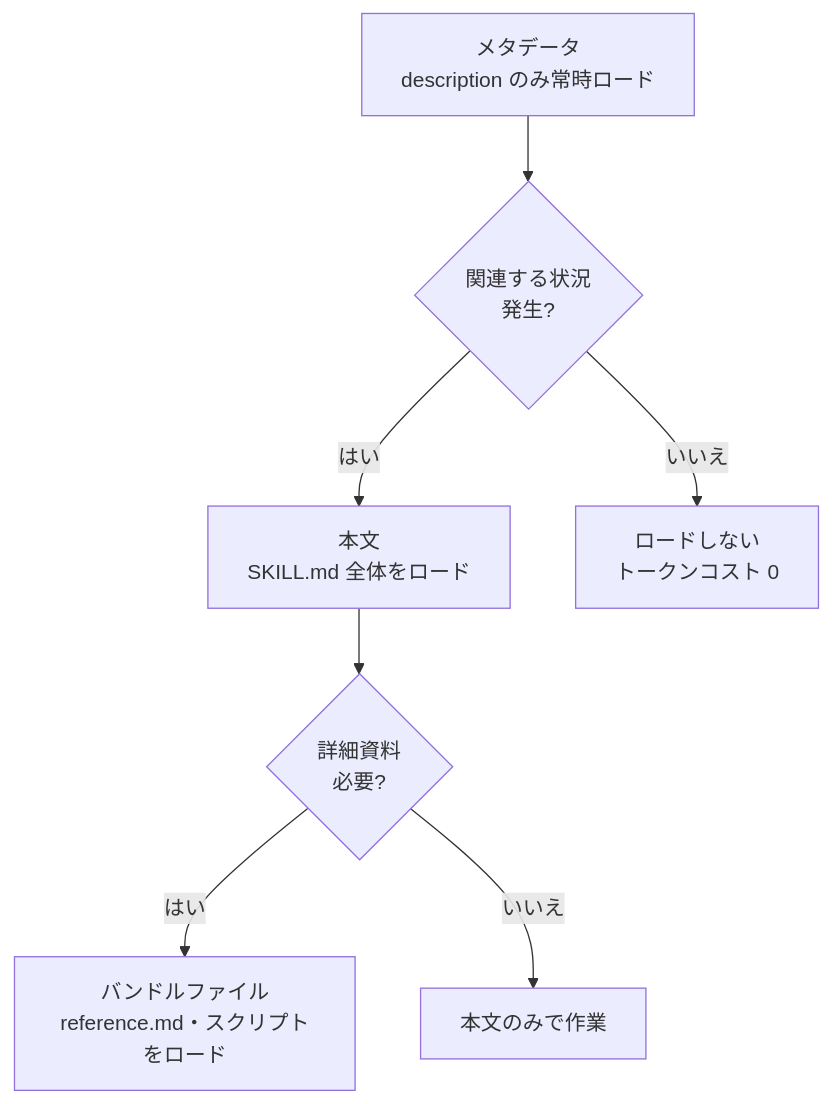
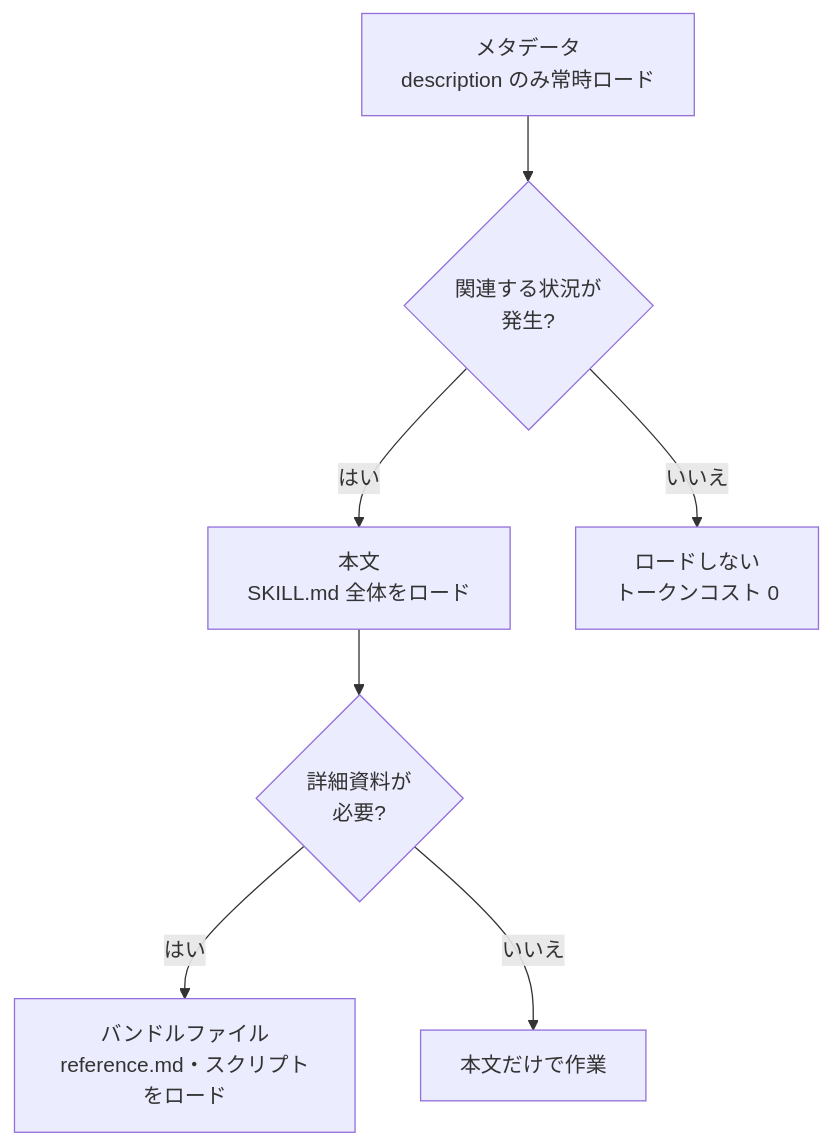
One commit to gabrielmoreira/agent-skills-mirror changed the diagram in mirrors/repos/modu-ai@moai-adk/docs-site/content/ja/claude-code/extensibility/skills.md. Above: the diagram before and after it, drawn with Mermaid. The commit also changed other lines of this file and 2470 other files, not shown here.

````diff
--- a/mirrors/repos/modu-ai@moai-adk/docs-site/content/ja/claude-code/extensibility/skills.md
+++ b/mirrors/repos/modu-ai@moai-adk/docs-site/content/ja/claude-code/extensibility/skills.md
@@ -79,9 +80,9 @@
 ```mermaid
 flowchart TD
-    A[メタデータ<br/>description のみ常時ロード] --> B{関連する状況<br/>発生?}
+    A[メタデータ<br/>description のみ常時ロード] --> B{関連する状況が<br/>発生?}
     B -->|はい| C[本文<br/>SKILL.md 全体をロード]
-    C --> D{詳細資料<br/>必要?}
+    C --> D{詳細資料が<br/>必要?}
     D -->|はい| E[バンドルファイル<br/>reference.md・スクリプトをロード]
-    D -->|いいえ| F[本文のみで作業]
+    D -->|いいえ| F[本文だけで作業]
     B -->|いいえ| G[ロードしない<br/>トークンコスト 0]
 ```
````
